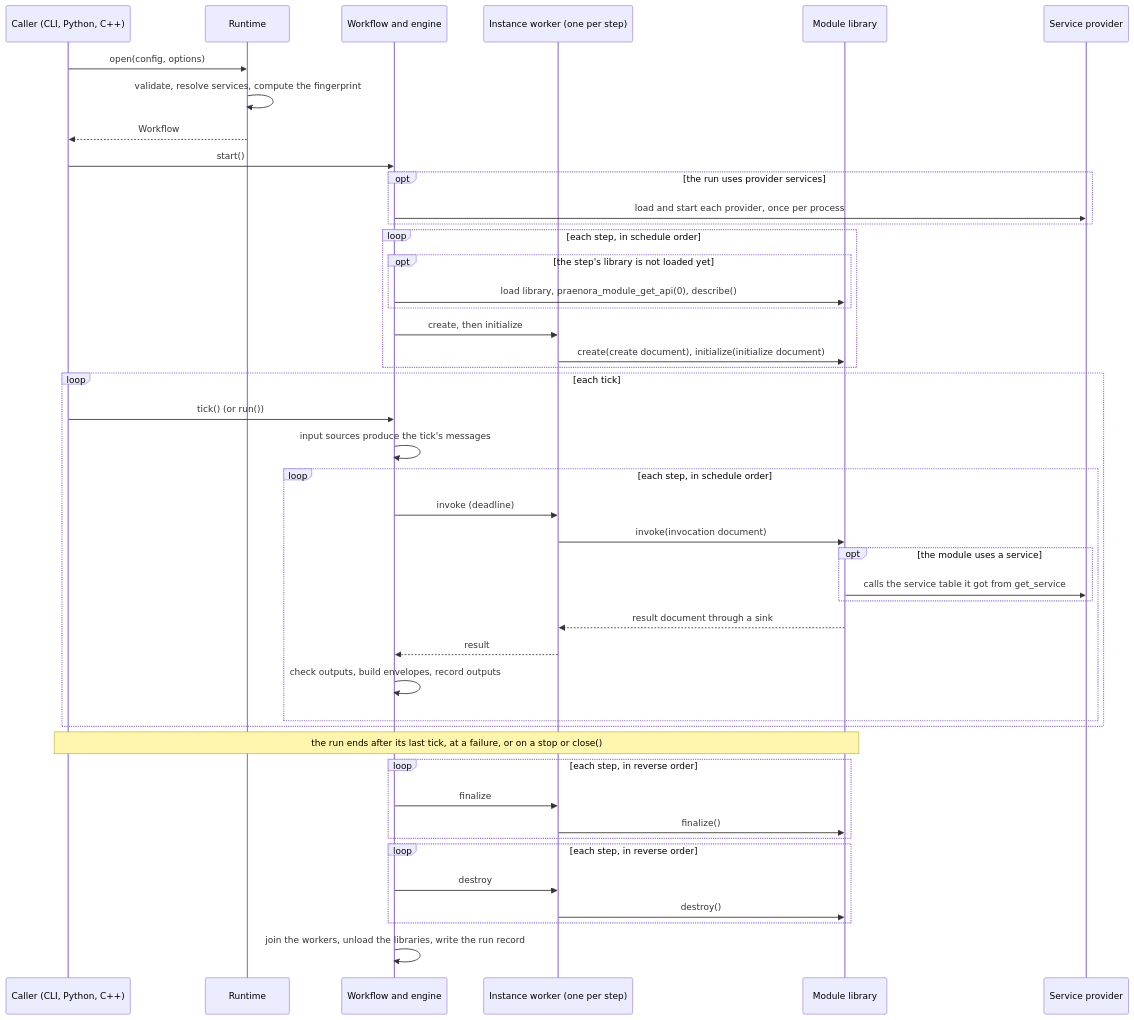
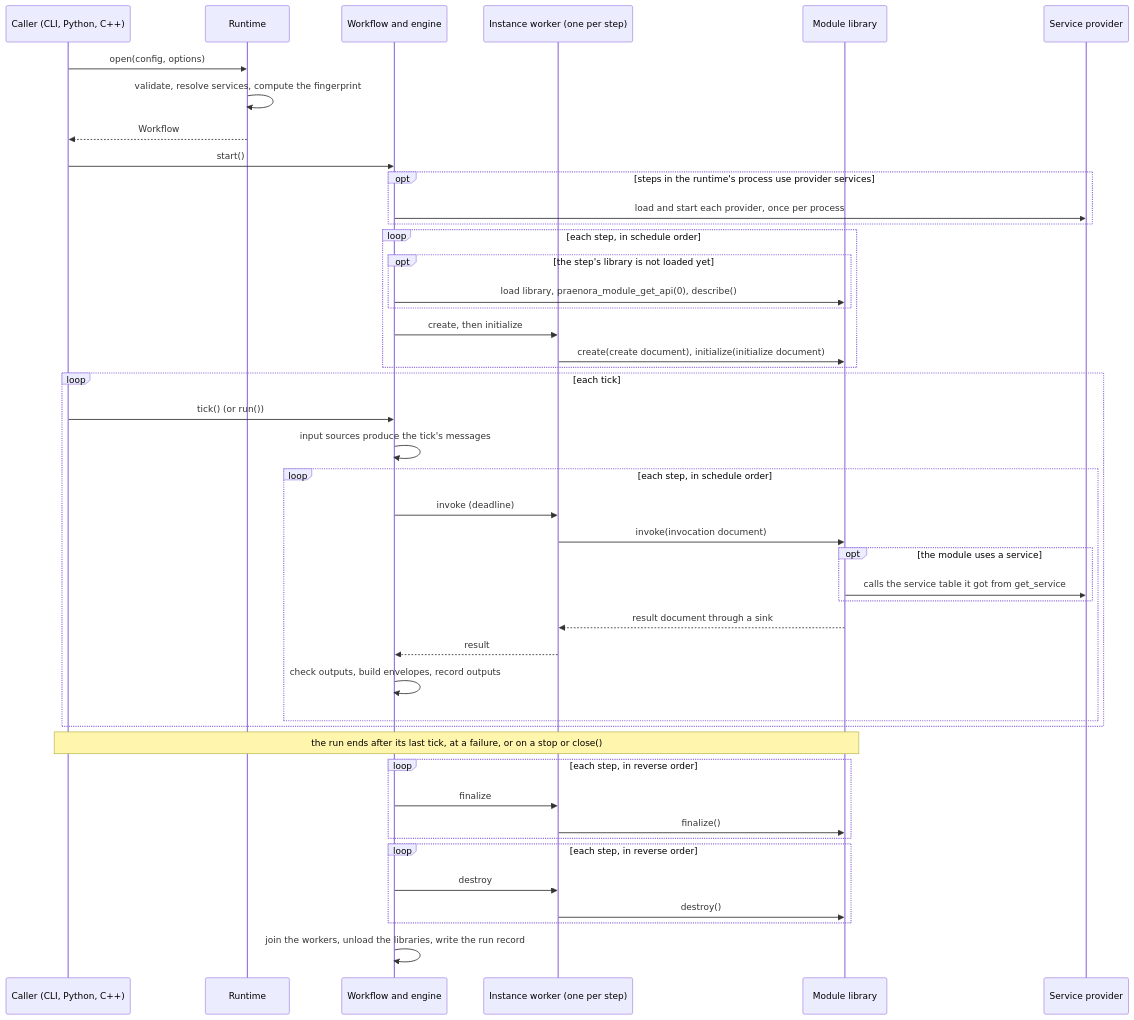
The third of 5 diagrams in docs/architecture.md (INFLECT-Praenora/praenora-runtime), drawn with Mermaid before and after one commit. The commit also changed other lines of this file and 180 other files, not shown here.

````diff
--- a/docs/architecture.md
+++ b/docs/architecture.md
@@ -153,47 +165,47 @@
 ```mermaid
 sequenceDiagram
     participant Caller as Caller (CLI, Python, C++)
     participant Runtime
     participant Workflow as Workflow and engine
     participant Worker as Instance worker (one per step)
     participant Module as Module library
     participant Provider as Service provider
     Caller->>Runtime: open(config, options)
     Runtime->>Runtime: validate, resolve services, compute the fingerprint
     Runtime-->>Caller: Workflow
     Caller->>Workflow: start()
-    opt the run uses provider services
+    opt steps in the runtime's process use provider services
         Workflow->>Provider: load and start each provider, once per process
     end
     loop each step, in schedule order
         opt the step's library is not loaded yet
             Workflow->>Module: load library, praenora_module_get_api(0), describe()
         end
         Workflow->>Worker: create, then initialize
         Worker->>Module: create(create document), initialize(initialize document)
     end
     loop each tick
         Caller->>Workflow: tick() (or run())
         Workflow->>Workflow: input sources produce the tick's messages
         loop each step, in schedule order
             Workflow->>Worker: invoke (deadline)
             Worker->>Module: invoke(invocation document)
             opt the module uses a service
                 Module->>Provider: calls the service table it got from get_service
             end
             Module-->>Worker: result document through a sink
             Worker-->>Workflow: result
             Workflow->>Workflow: check outputs, build envelopes, record outputs
         end
     end
     Note over Caller,Module: the run ends after its last tick, at a failure, or on a stop or close()
     loop each step, in reverse order
         Workflow->>Worker: finalize
         Worker->>Module: finalize()
     end
     loop each step, in reverse order
         Workflow->>Worker: destroy
         Worker->>Module: destroy()
     end
     Workflow->>Workflow: join the workers, unload the libraries, write the run record
 ```
````
